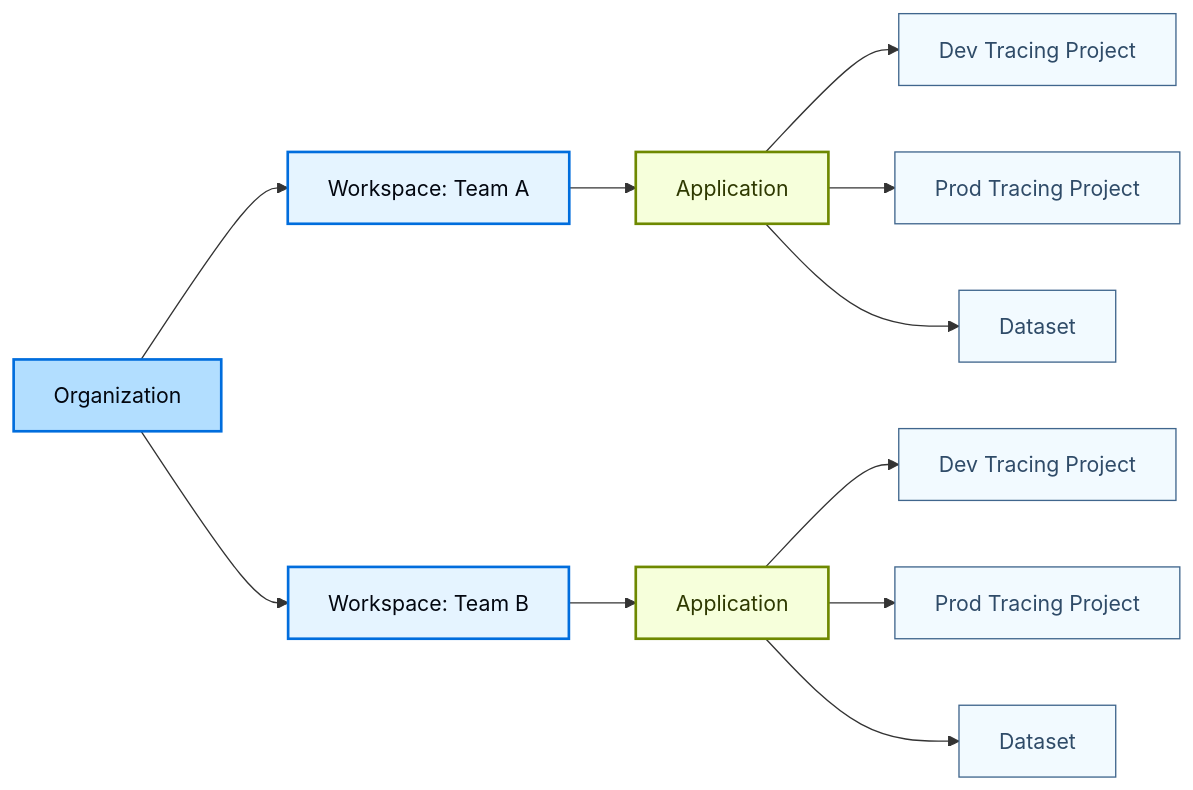
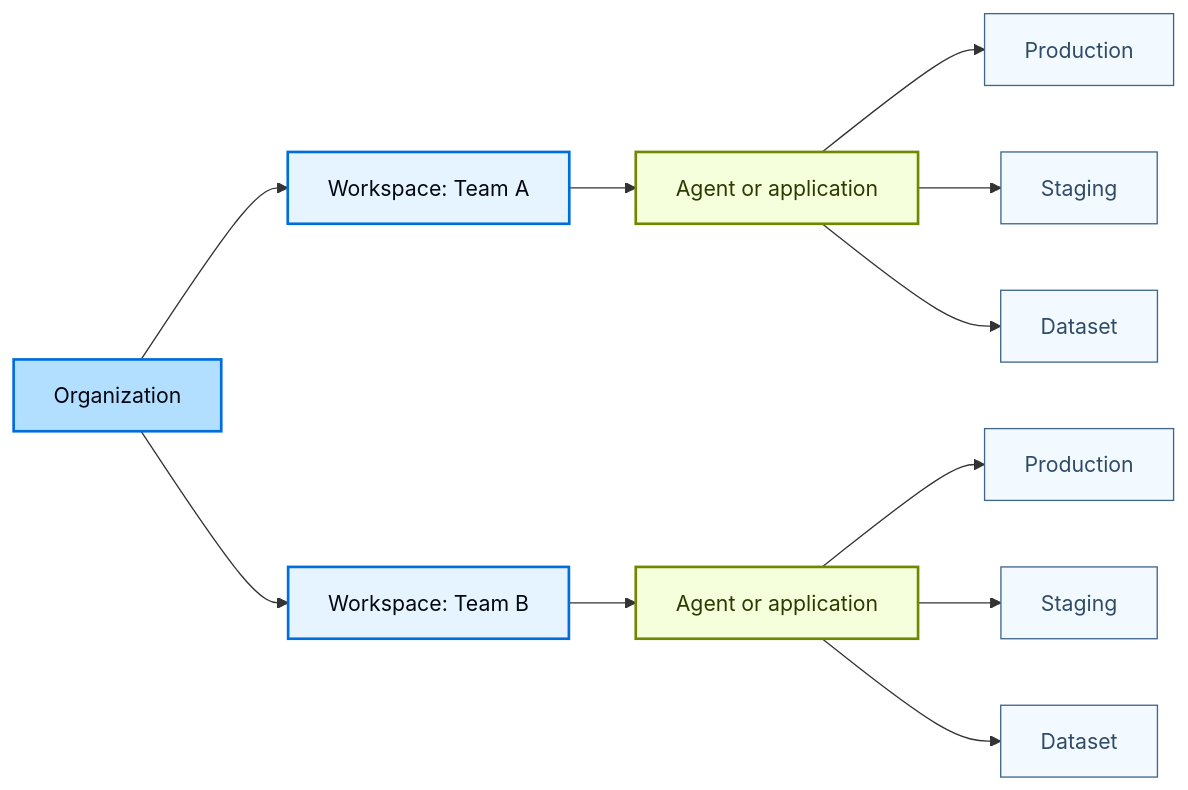
The first of 2 diagrams in agent-frameworks/langchain/pages/langsmith/workload-isolation.md (Eyre921/ofiicial-developer-docs), drawn with Mermaid before and after one commit. The commit also changed other lines of this file and 320 other files, not shown here.

````diff
--- a/agent-frameworks/langchain/pages/langsmith/workload-isolation.md
+++ b/agent-frameworks/langchain/pages/langsmith/workload-isolation.md
@@ -29,42 +32,42 @@
 ```mermaid actions={false} theme={"theme":{"light":"catppuccin-latte","dark":"catppuccin-mocha"}}
 graph LR
     Org[Organization]
 
     WS1[Workspace: Team A]
     WS2[Workspace: Team B]
 
-    App1A[Application]
-    App1B[Application]
+    AgentA[Agent or application]
+    AgentB[Agent or application]
 
-    DevA[Dev Tracing Project]
-    ProdA[Prod Tracing Project]
+    ProdA[Production]
+    StagingA[Staging]
     DatasetA[Dataset]
 
-    DevB[Dev Tracing Project]
-    ProdB[Prod Tracing Project]
+    ProdB[Production]
+    StagingB[Staging]
     DatasetB[Dataset]
 
     Org --> WS1
     Org --> WS2
 
-    WS1 --> App1A
-    WS2 --> App1B
+    WS1 --> AgentA
+    WS2 --> AgentB
 
-    App1A --> DevA
-    App1A --> ProdA
-    App1A --> DatasetA
+    AgentA --> ProdA
+    AgentA --> StagingA
+    AgentA --> DatasetA
 
-    App1B --> DevB
-    App1B --> ProdB
-    App1B --> DatasetB
+    AgentB --> ProdB
+    AgentB --> StagingB
+    AgentB --> DatasetB
 
     classDef orgStyle fill:#B2DEFF,stroke:#006DDD,stroke-width:2px,color:#030710
     classDef wsStyle fill:#E5F4FF,stroke:#006DDD,stroke-width:2px,color:#030710
     classDef appStyle fill:#F6FFDB,stroke:#6E8900,stroke-width:2px,color:#2E3900
     classDef resourceStyle fill:#F2FAFF,stroke:#40668D,stroke-width:1px,color:#2F4B68
 
     class Org orgStyle
     class WS1,WS2 wsStyle
-    class App1A,App1B appStyle
-    class DevA,ProdA,DatasetA,DevB,ProdB,DatasetB resourceStyle
+    class AgentA,AgentB appStyle
+    class ProdA,StagingA,DatasetA,ProdB,StagingB,DatasetB resourceStyle
 ```
````
